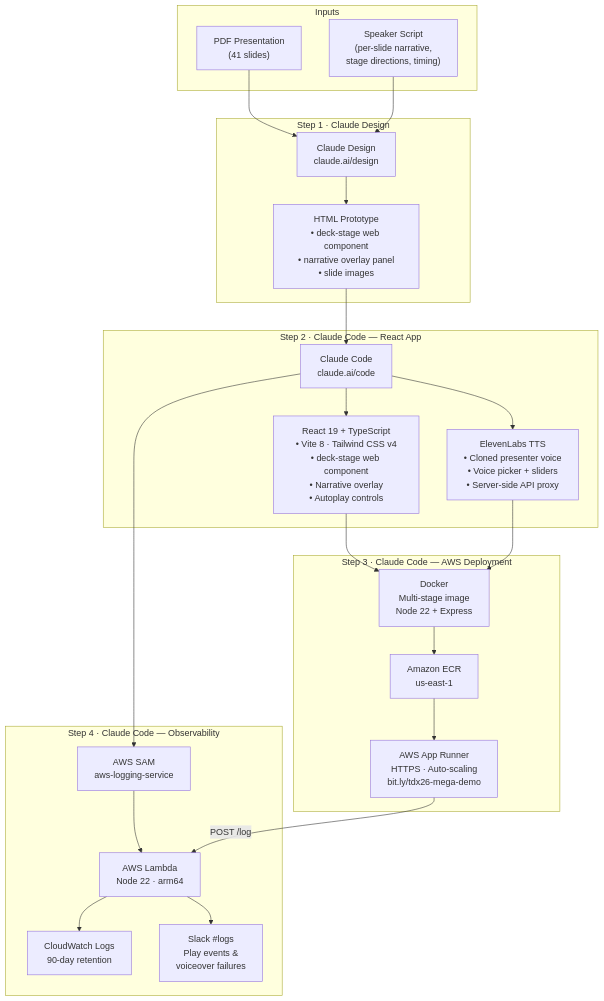
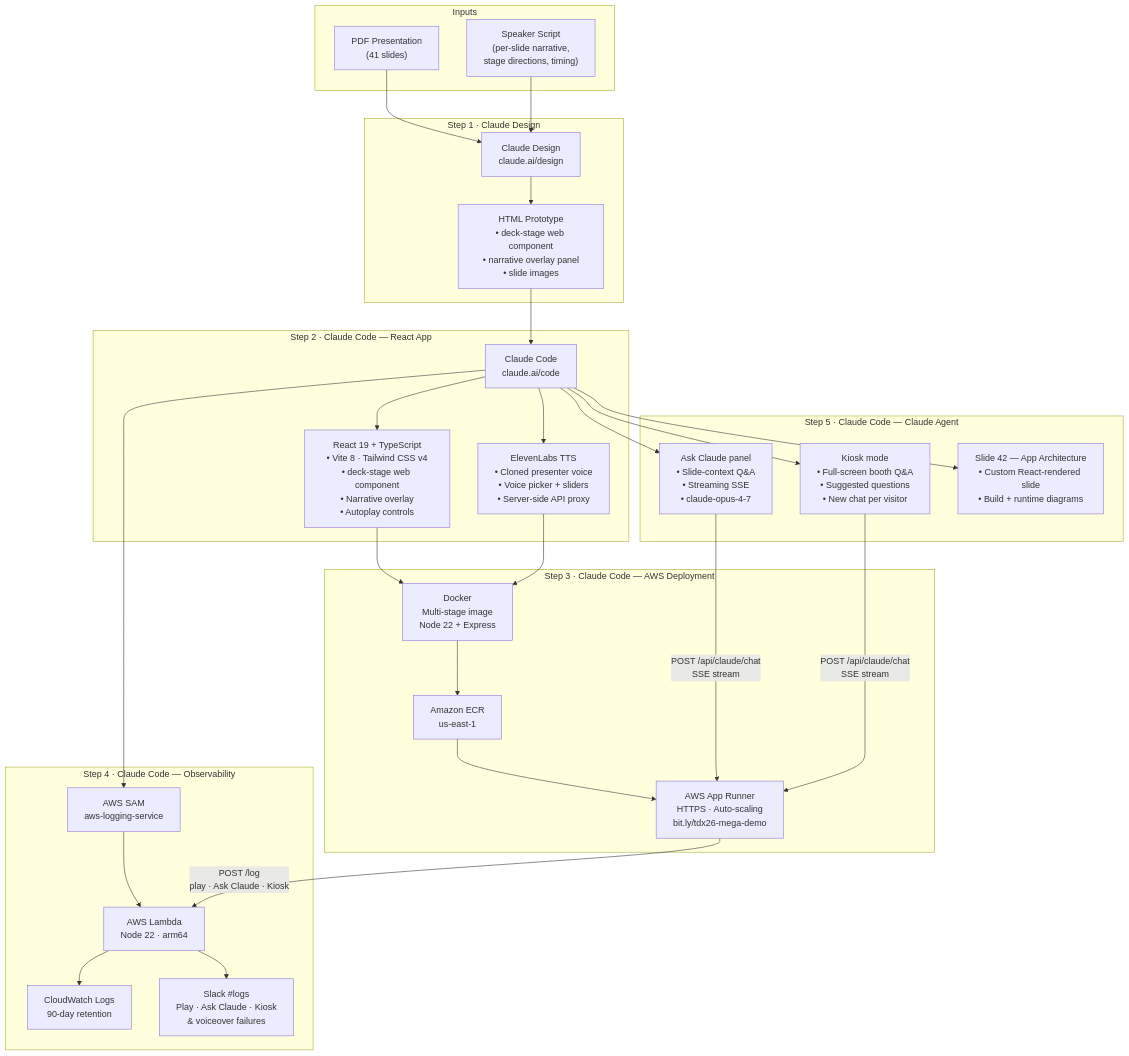
The first of 2 diagrams in README.md (congmingwudi/tdx26-mega-demo), drawn with Mermaid before and after one commit. The commit also changed other lines of this file and 13 other files, not shown here.

First line of the commit message:
Add Claude agent (Ask Claude panel + Kiosk mode), app architecture slide, and logging

````diff
--- a/README.md
+++ b/README.md
@@ -50,47 +56,58 @@
 ```mermaid
 flowchart TD
     subgraph Inputs["Inputs"]
         PDF["PDF Presentation\n(41 slides)"]
         SCRIPT["Speaker Script\n(per-slide narrative,\nstage directions, timing)"]
     end
 
     subgraph Design["Step 1 · Claude Design"]
         CD["Claude Design\nclaude.ai/design"]
         PROTO["HTML Prototype\n• deck-stage web component\n• narrative overlay panel\n• slide images"]
     end
 
     subgraph Code["Step 2 · Claude Code — React App"]
         CC["Claude Code\nclaude.ai/code"]
         REACT["React 19 + TypeScript\n• Vite 8 · Tailwind CSS v4\n• deck-stage web component\n• Narrative overlay\n• Autoplay controls"]
         TTS["ElevenLabs TTS\n• Cloned presenter voice\n• Voice picker + sliders\n• Server-side API proxy"]
     end
 
     subgraph Deploy["Step 3 · Claude Code — AWS Deployment"]
         DOCKER["Docker\nMulti-stage image\nNode 22 + Express"]
         ECR["Amazon ECR\nus-east-1"]
         AR["AWS App Runner\nHTTPS · Auto-scaling\nbit.ly/tdx26-mega-demo"]
     end
 
     subgraph Observe["Step 4 · Claude Code — Observability"]
         SAM["AWS SAM\naws-logging-service"]
         LAMBDA["AWS Lambda\nNode 22 · arm64"]
         CW["CloudWatch Logs\n90-day retention"]
-        SLACK["Slack #logs\nPlay events &\nvoiceover failures"]
+        SLACK["Slack #logs\nPlay · Ask Claude · Kiosk\n& voiceover failures"]
+    end
+
+    subgraph Agent["Step 5 · Claude Code — Claude Agent"]
+        ASKCLAUDE["Ask Claude panel\n• Slide-context Q&A\n• Streaming SSE\n• claude-opus-4-7"]
+        KIOSK["Kiosk mode\n• Full-screen booth Q&A\n• Suggested questions\n• New chat per visitor"]
+        ARCHSLIDE["Slide 42 — App Architecture\n• Custom React-rendered slide\n• Build + runtime diagrams"]
     end
 
     PDF --> CD
     SCRIPT --> CD
     CD --> PROTO
     PROTO --> CC
     CC --> REACT
     CC --> TTS
     REACT --> DOCKER
     TTS --> DOCKER
     DOCKER --> ECR
     ECR --> AR
     CC --> SAM
     SAM --> LAMBDA
     LAMBDA --> CW
     LAMBDA --> SLACK
-    AR -->|"POST /log"| LAMBDA
+    AR -->|"POST /log\nplay · Ask Claude · Kiosk"| LAMBDA
+    CC --> ASKCLAUDE
+    CC --> KIOSK
+    CC --> ARCHSLIDE
+    ASKCLAUDE -->|"POST /api/claude/chat\nSSE stream"| AR
+    KIOSK -->|"POST /api/claude/chat\nSSE stream"| AR
 ```
````
